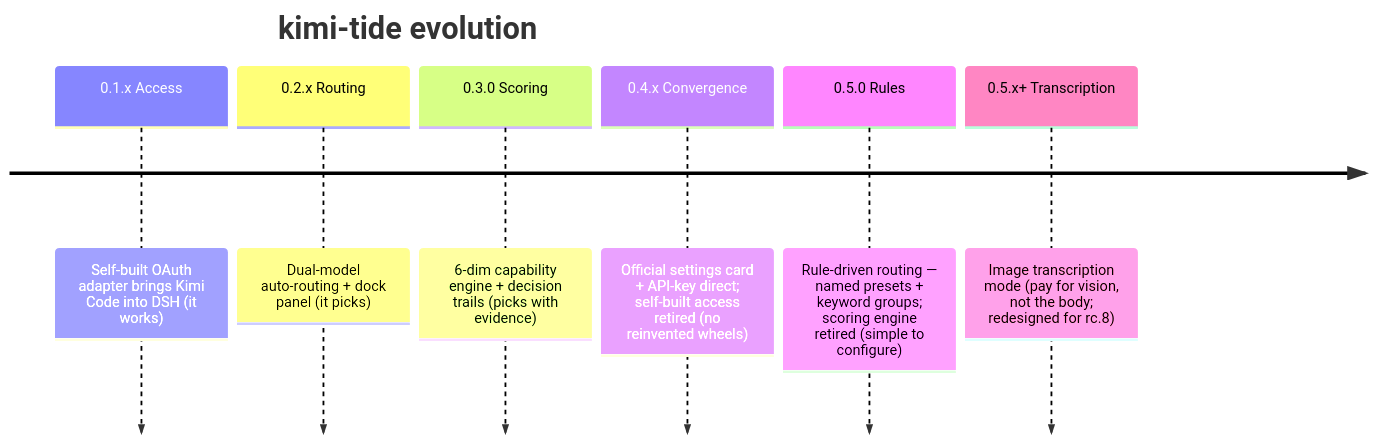
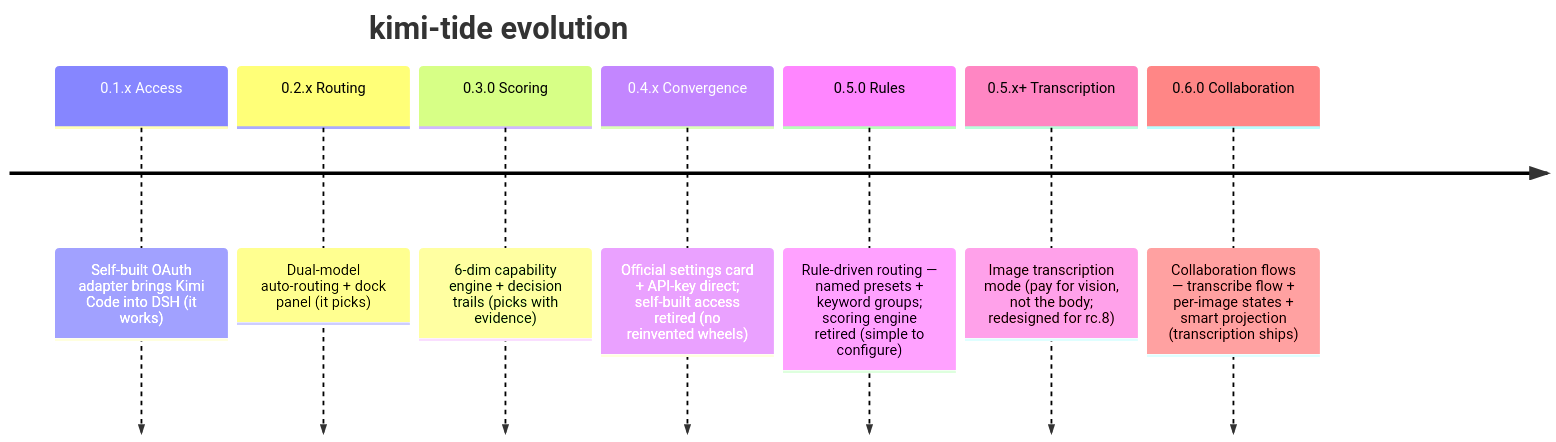
One commit to tafcear/kimi-tide changed the fourth of 4 diagrams in README.md. Above: the diagram before and after it, drawn with Mermaid. The commit also changed other lines of this file and 8 other files, not shown here.

First line of the commit message:
docs(readme): 0.6.0 架构图重生成 + 贡献者致谢 + 路线图/FAQ/配置同步（中英镜像）

````diff
--- a/README.md
+++ b/README.md
@@ -352,10 +368,11 @@
 ```mermaid
 timeline
     title kimi-tide evolution
     0.1.x Access : Self-built OAuth adapter brings Kimi Code into DSH (it works)
     0.2.x Routing : Dual-model auto-routing + dock panel (it picks)
     0.3.0 Scoring : 6-dim capability engine + decision trails (picks with evidence)
     0.4.x Convergence : Official settings card + API-key direct; self-built access retired (no reinvented wheels)
     0.5.0 Rules : Rule-driven routing — named presets + keyword groups; scoring engine retired (simple to configure)
     0.5.x+ Transcription : Image transcription mode (pay for vision, not the body; redesigned for rc.8)
+    0.6.0 Collaboration : Collaboration flows — transcribe flow + per-image states + smart projection (transcription ships)
 ```
````
